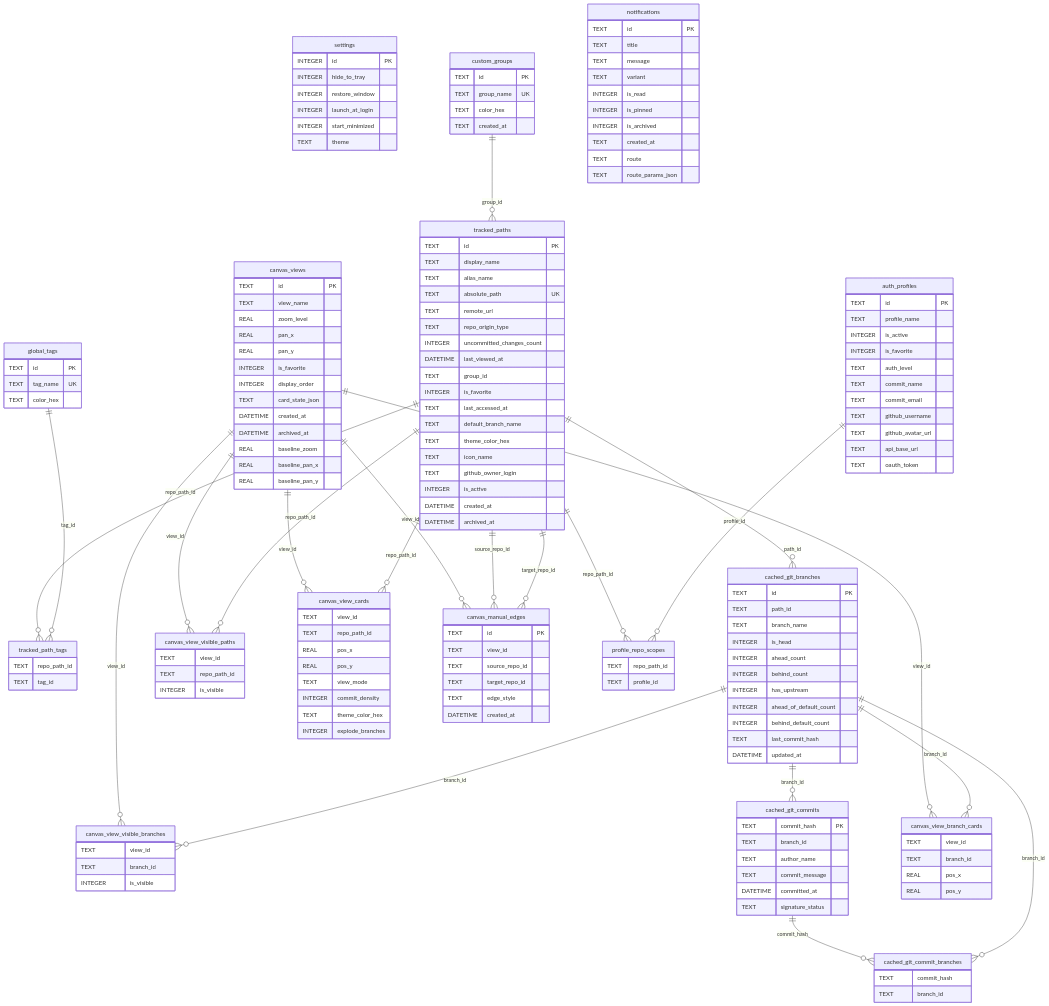
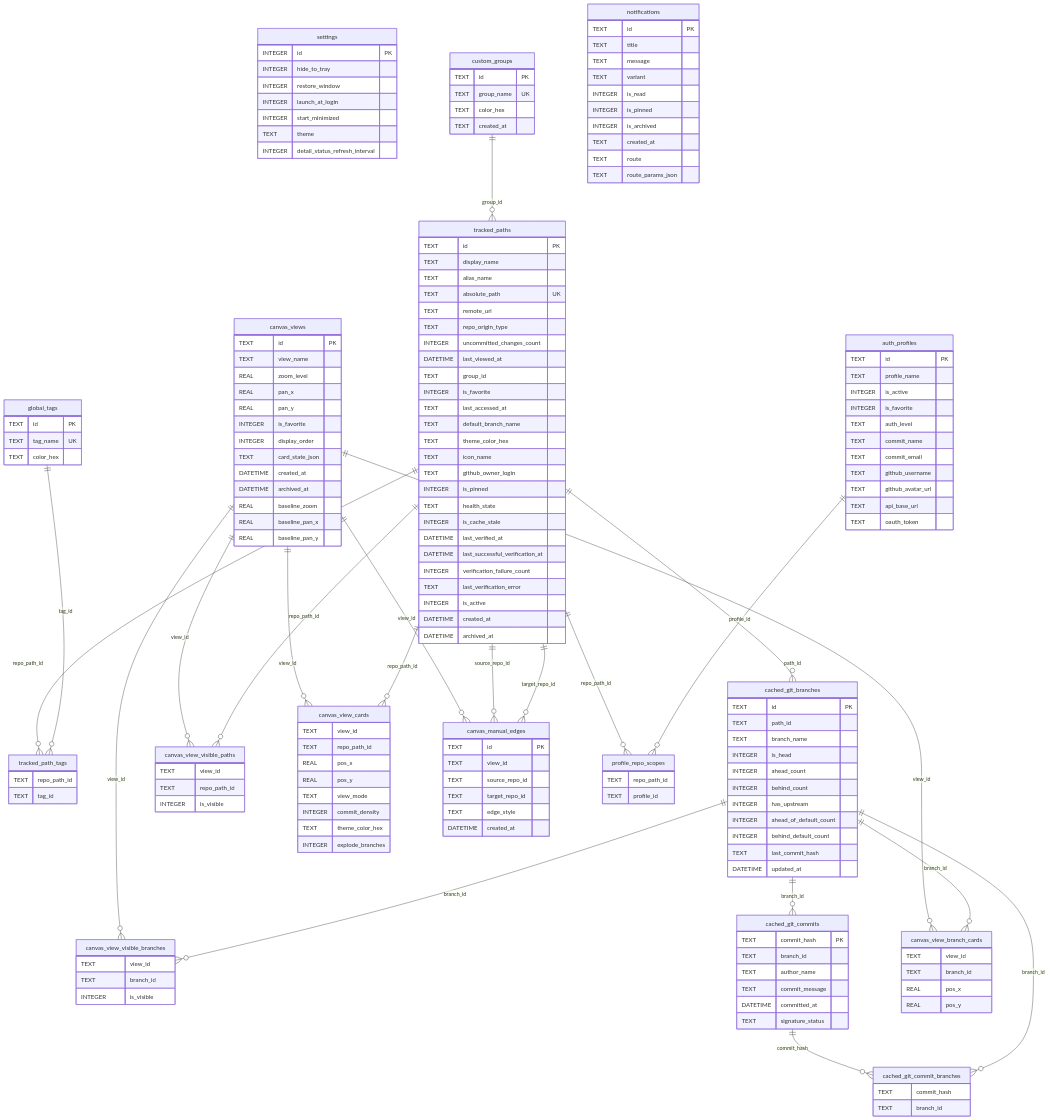
The diagram in docs/Database.md (ChefMooon/branch-schematic), drawn with Mermaid before and after one commit. The commit also changed 58 other files, not shown here.

```diff
--- a/docs/Database.md
+++ b/docs/Database.md
@@ -18,6 +18,7 @@
         INTEGER launch_at_login
         INTEGER start_minimized
         TEXT theme
+        INTEGER detail_status_refresh_interval
     }
 
     tracked_paths {
@@ -36,6 +37,13 @@
         TEXT theme_color_hex
         TEXT icon_name
         TEXT github_owner_login
+        INTEGER is_pinned
+        TEXT health_state
+        INTEGER is_cache_stale
+        DATETIME last_verified_at
+        DATETIME last_successful_verification_at
+        INTEGER verification_failure_count
+        TEXT last_verification_error
         INTEGER is_active
         DATETIME created_at
         DATETIME archived_at
```
